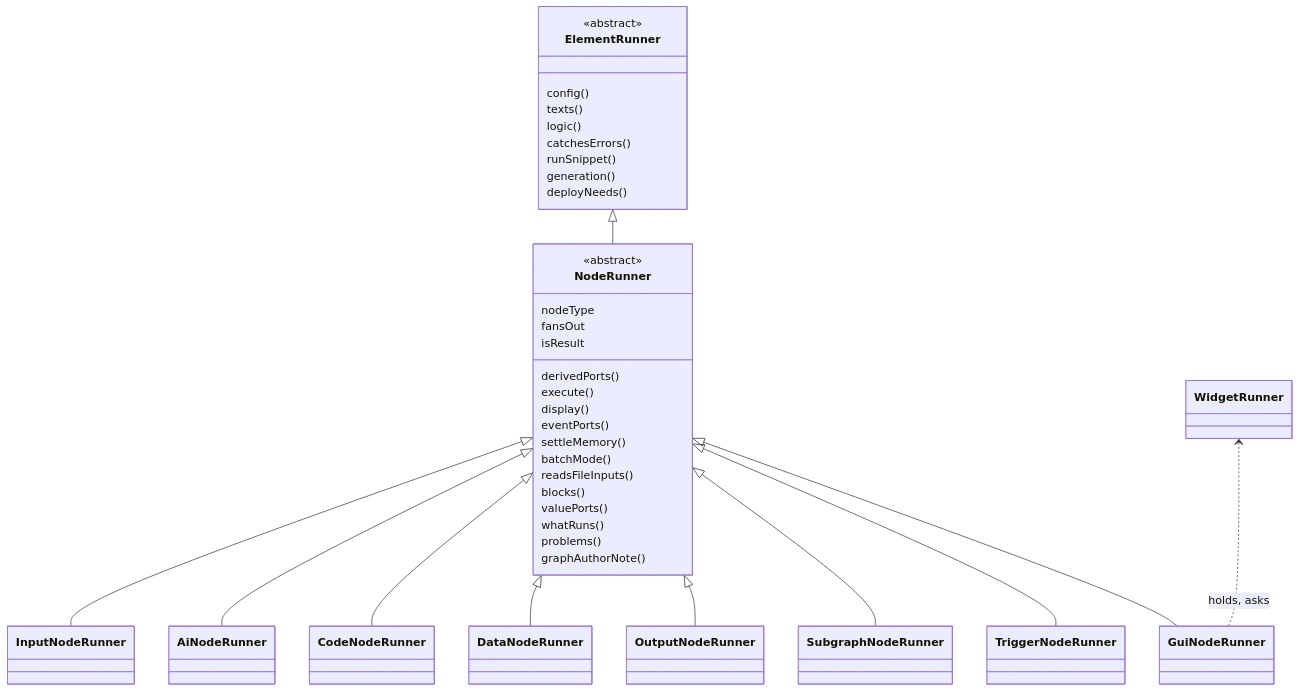
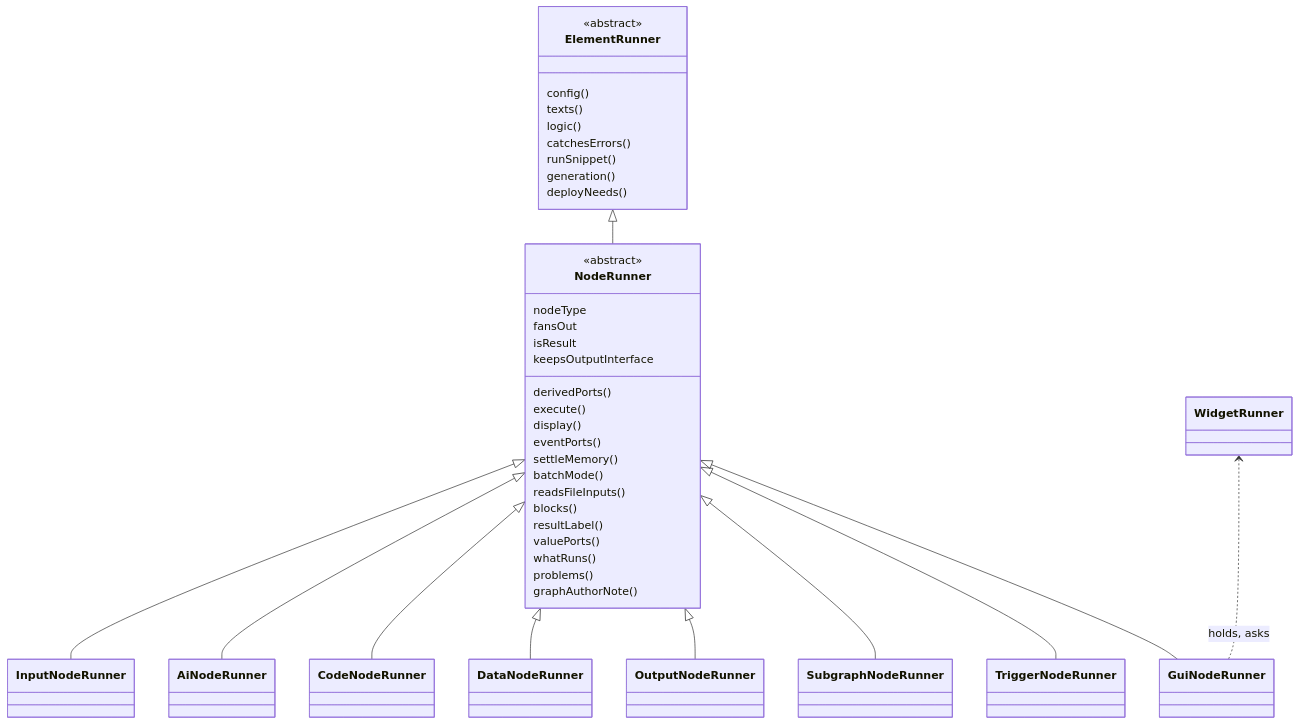
The third of 8 diagrams in arch/overview.md (Archimedes79/AI_Graph), drawn with Mermaid before and after one commit. The commit also changed other lines of this file, not shown here.

````diff
--- a/arch/overview.md
+++ b/arch/overview.md
@@ -157,41 +158,43 @@
 ```mermaid
 classDiagram
   class ElementRunner {
     <<abstract>>
     config()
     texts()
     logic()
     catchesErrors()
     runSnippet()
     generation()
     deployNeeds()
   }
   class NodeRunner {
     <<abstract>>
     nodeType
     derivedPorts()
     execute()
     display()
     eventPorts()
     settleMemory()
     fansOut
     batchMode()
     readsFileInputs()
     blocks()
     isResult
+    resultLabel()
     valuePorts()
+    keepsOutputInterface
     whatRuns()
     problems()
     graphAuthorNote()
   }
   ElementRunner <|-- NodeRunner
   NodeRunner <|-- InputNodeRunner
   NodeRunner <|-- AiNodeRunner
   NodeRunner <|-- CodeNodeRunner
   NodeRunner <|-- DataNodeRunner
   NodeRunner <|-- OutputNodeRunner
   NodeRunner <|-- SubgraphNodeRunner
   NodeRunner <|-- TriggerNodeRunner
   NodeRunner <|-- GuiNodeRunner
   WidgetRunner <.. GuiNodeRunner : holds, asks
 ```
````
